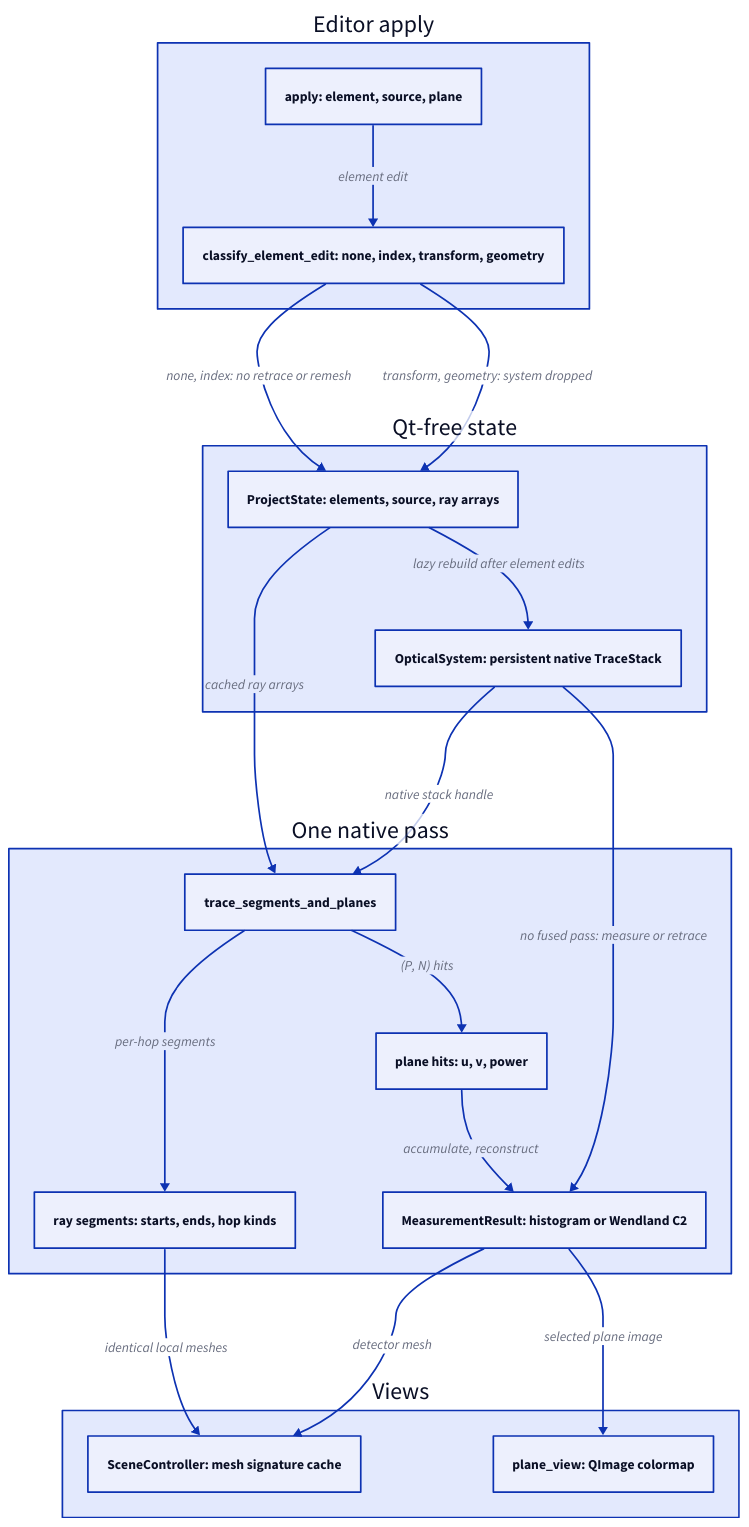
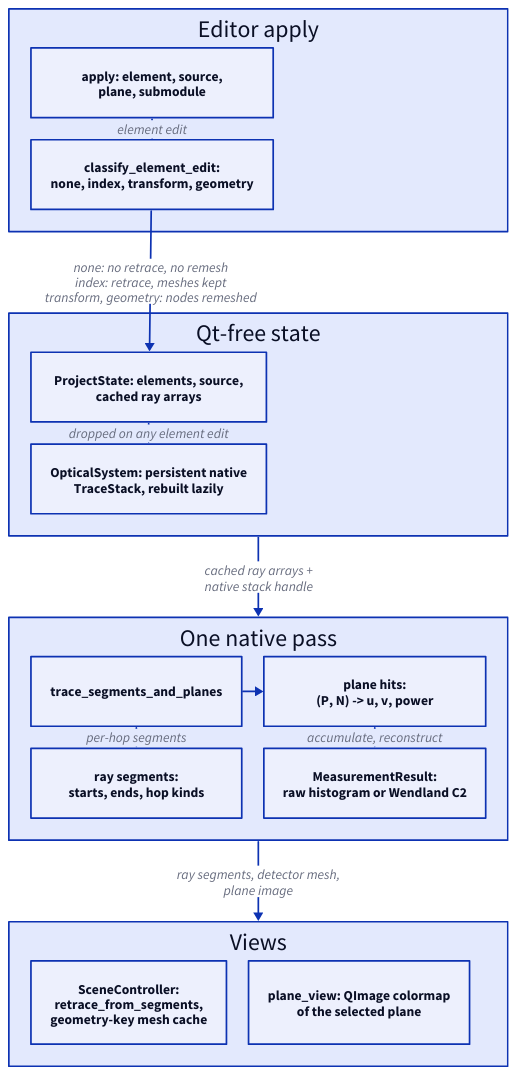
Before and after one commit to propane865/OpticsSimulator: the diagram in docs/diagrams/refresh-dataflow.d2, drawn with D2. The commit also changed 16 other files, not shown here.

Commit message:
docs: update diagrams and architecture

```diff
--- a/docs/diagrams/refresh-dataflow.d2
+++ b/docs/diagrams/refresh-dataflow.d2
@@ -1,40 +1,44 @@
-direction: down
+grid-rows: 4
+grid-gap: 96
 
 cmd: "Editor apply" {
-  ed: "apply: element, source, plane"
-  cls: "classify_element_edit: none, index, transform, geometry"
+  grid-rows: 2
+  grid-gap: 26
+  ed: "apply: element, source,\nplane, submodule"
+  cls: "classify_element_edit:\nnone, index, transform, geometry"
 
   ed -> cls: element edit
 }
 
 st: "Qt-free state" {
-  state: "ProjectState: elements, source, ray arrays"
-  sys: "OpticalSystem: persistent native TraceStack"
+  grid-rows: 2
+  grid-gap: 26
+  state: "ProjectState: elements, source,\ncached ray arrays"
+  sys: "OpticalSystem: persistent native\nTraceStack, rebuilt lazily"
 
-  state -> sys: "lazy rebuild after element edits"
+  state -> sys: dropped on any element edit
 }
 
 nat: "One native pass" {
+  grid-columns: 2
+  grid-gap: 26
   fused: trace_segments_and_planes
-  segs: "ray segments: starts, ends, hop kinds"
-  hits: "plane hits: u, v, power"
-  res: "MeasurementResult: histogram or Wendland C2"
+  segs: "ray segments:\nstarts, ends, hop kinds"
+  hits: "plane hits:\n(P, N) -> u, v, power"
+  res: "MeasurementResult:\nraw histogram or Wendland C2"
 
   fused -> segs: "per-hop segments"
-  fused -> hits: "(P, N) hits"
+  fused -> hits
   hits -> res: "accumulate, reconstruct"
 }
 
 views: "Views" {
-  scene: "SceneController: mesh signature cache"
-  pview: "plane_view: QImage colormap"
+  grid-columns: 2
+  grid-gap: 26
+  scene: "SceneController:\nretrace_from_segments,\ngeometry-key mesh cache"
+  pview: "plane_view: QImage colormap\nof the selected plane"
 }
 
-cmd.cls -> st.state: "none, index: no retrace or remesh"
-cmd.cls -> st.state: "transform, geometry: system dropped"
-st.state -> nat.fused: "cached ray arrays"
-st.sys -> nat.fused: "native stack handle"
-st.sys -> nat.res: "no fused pass: measure or retrace"
-nat.segs -> views.scene: "identical local meshes"
-nat.res -> views.scene: "detector mesh"
-nat.res -> views.pview: "selected plane image"
+cmd.cls -> st.state: "none: no retrace, no remesh\nindex: retrace, meshes kept\ntransform, geometry: nodes remeshed"
+st -> nat: "cached ray arrays +\nnative stack handle"
+nat -> views: "ray segments, detector mesh,\nplane image"
```
